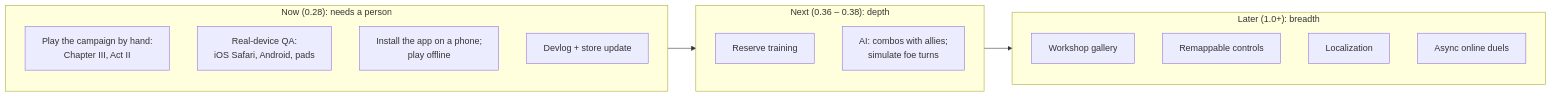
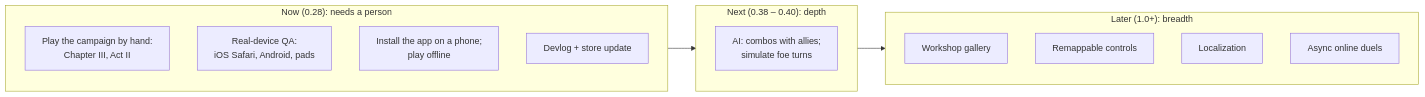
One commit to CptNope/Chess-RPG-Tactics changed the second of 4 diagrams in docs/ROADMAP.md. Above: the diagram before and after it, drawn with Mermaid. The commit also changed other lines of this file and 14 other files, not shown here.

First line of the commit message:
0.37.0: reserve training

````diff
--- a/docs/ROADMAP.md
+++ b/docs/ROADMAP.md
@@ -105,23 +107,22 @@
 ```mermaid
 flowchart LR
     subgraph NOW["Now (0.28): needs a person"]
         direction TB
         N1["Play the campaign by hand:<br/>Chapter III, Act II"]
         N2["Real-device QA:<br/>iOS Safari, Android, pads"]
         N3["Install the app on a phone;<br/>play offline"]
         N4["Devlog + store update"]
     end
-    subgraph NEXT["Next (0.36 – 0.38): depth"]
+    subgraph NEXT["Next (0.38 – 0.40): depth"]
         direction TB
-        X0["Reserve training"]
         X1["AI: combos with allies;<br/>simulate foe turns"]
     end
     subgraph LATER["Later (1.0+): breadth"]
         direction TB
         L4["Workshop gallery"]
         L5["Remappable controls"]
         L6["Localization"]
         L7["Async online duels"]
     end
     NOW --> NEXT --> LATER
 ```
````
